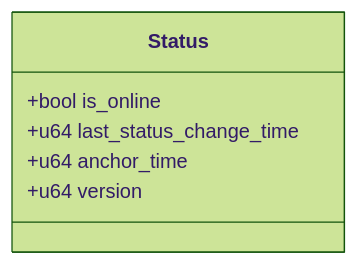
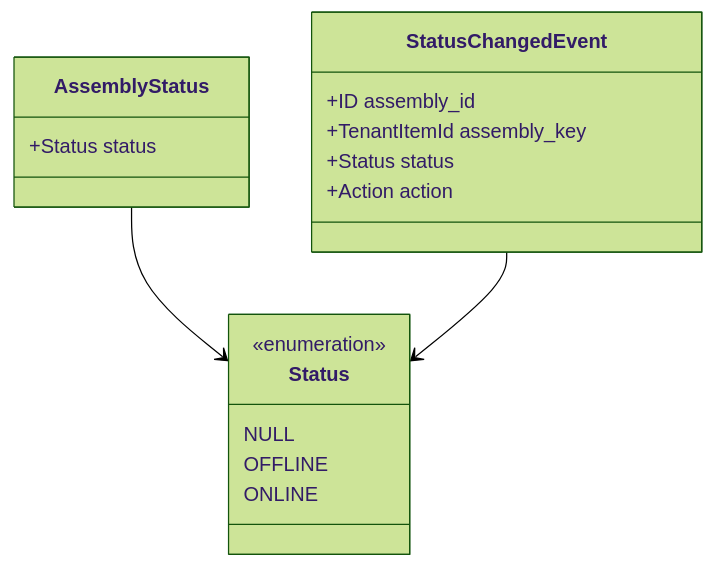
Before and after one commit to Scetrov/frontier.scetrov.live: the first of 2 diagrams in content/develop/world-contracts/primitives/status.move.md, drawn with Mermaid (forest theme). The commit also changed other lines of this file and 5 other files, not shown here.

````diff
--- a/content/develop/world-contracts/primitives/status.move.md
+++ b/content/develop/world-contracts/primitives/status.move.md
@@ -14,9 +12,20 @@
 ```mermaid
 classDiagram
+    class AssemblyStatus {
+        +Status status
+    }
     class Status {
-        +bool is_online
-        +u64 last_status_change_time
-        +u64 anchor_time
-        +u64 version
+        <<enumeration>>
+        NULL
+        OFFLINE
+        ONLINE
     }
+    class StatusChangedEvent {
+        +ID assembly_id
+        +TenantItemId assembly_key
+        +Status status
+        +Action action
+    }
+    AssemblyStatus --> Status
+    StatusChangedEvent --> Status
 ```
````
